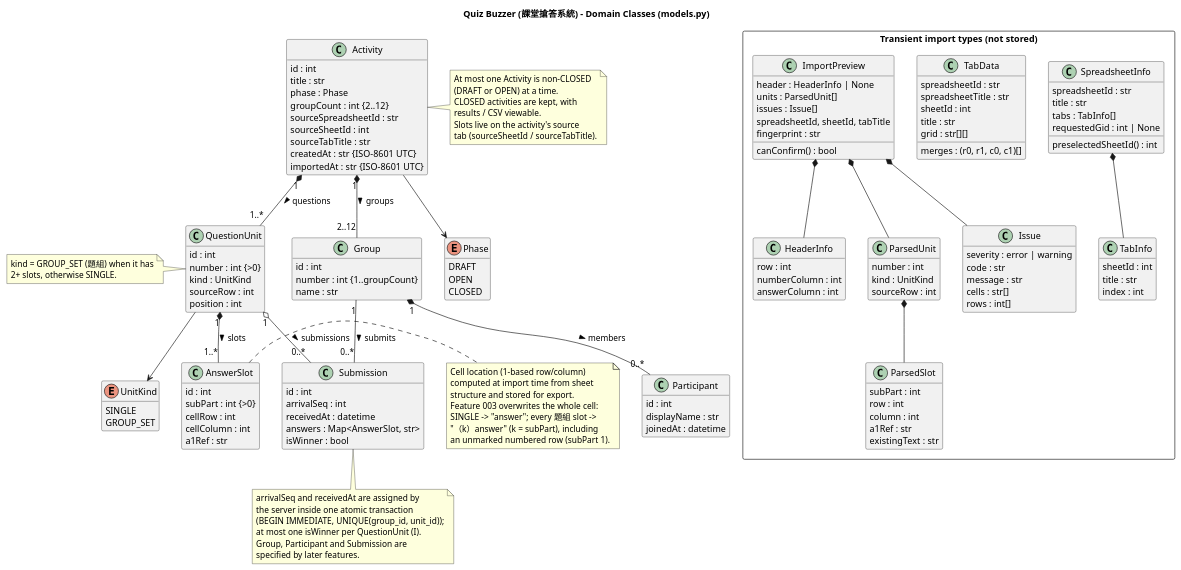
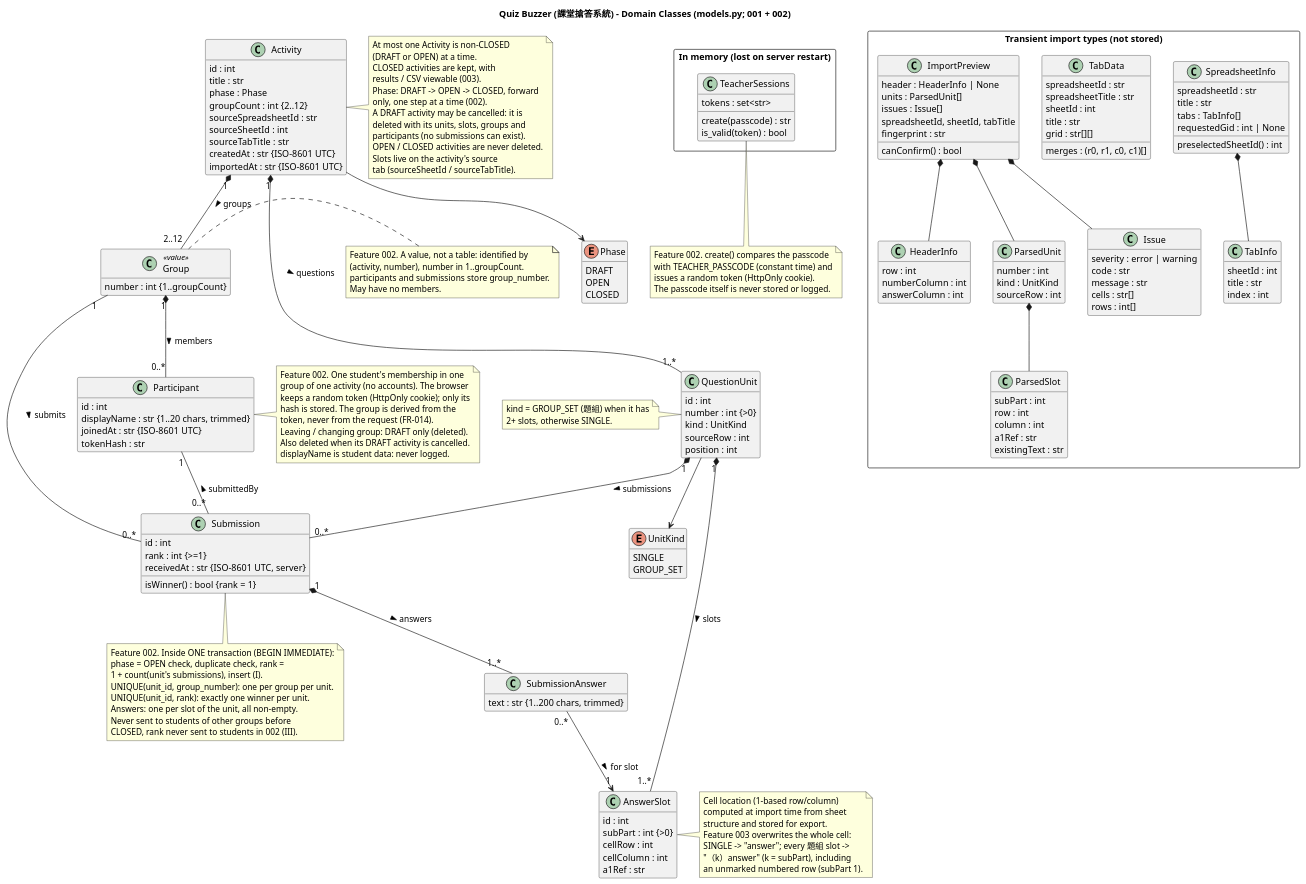
The diagram in diagrams/domain-class.puml (WasabiSaikou/quiz-buzzer), drawn with PlantUML before and after one commit. The commit also changed 26 other files, not shown here.

```diff
--- a/diagrams/domain-class.puml
+++ b/diagrams/domain-class.puml
@@ -1,5 +1,5 @@
 @startuml domain-class
-title Quiz Buzzer (課堂搶答系統) - Domain Classes (models.py)
+title Quiz Buzzer (課堂搶答系統) - Domain Classes (models.py; 001 + 002)
 
 skinparam shadowing false
 skinparam defaultFontName "Microsoft JhengHei"
@@ -44,32 +44,37 @@
   a1Ref : str
 }
 
-class Group {
-  id : int
+class Group <<value>> {
   number : int {1..groupCount}
-  name : str
 }
 
 class Participant {
   id : int
-  displayName : str
-  joinedAt : datetime
+  displayName : str {1..20 chars, trimmed}
+  joinedAt : str {ISO-8601 UTC}
+  tokenHash : str
 }
 
 class Submission {
   id : int
-  arrivalSeq : int
-  receivedAt : datetime
-  answers : Map<AnswerSlot, str>
-  isWinner : bool
+  rank : int {>=1}
+  receivedAt : str {ISO-8601 UTC, server}
+  isWinner() : bool {rank = 1}
+}
+
+class SubmissionAnswer {
+  text : str {1..200 chars, trimmed}
 }
 
 Activity "1" *-- "1..*" QuestionUnit : questions >
 QuestionUnit "1" *-- "1..*" AnswerSlot : slots >
 Activity "1" *-- "2..12" Group : groups >
 Group "1" *-- "0..*" Participant : members >
-QuestionUnit "1" o-- "0..*" Submission : submissions >
+QuestionUnit "1" *-- "0..*" Submission : submissions >
 Group "1" -- "0..*" Submission : submits >
+Participant "1" -- "0..*" Submission : submittedBy <
+Submission "1" *-- "1..*" SubmissionAnswer : answers >
+SubmissionAnswer "0..*" --> "1" AnswerSlot : for slot >
 Activity --> Phase
 QuestionUnit --> UnitKind
 
@@ -77,7 +82,13 @@
   At most one Activity is non-CLOSED
   (DRAFT or OPEN) at a time.
   CLOSED activities are kept, with
-  results / CSV viewable.
+  results / CSV viewable (003).
+  Phase: DRAFT -> OPEN -> CLOSED, forward
+  only, one step at a time (002).
+  A DRAFT activity may be cancelled: it is
+  deleted with its units, slots, groups and
+  participants (no submissions can exist).
+  OPEN / CLOSED activities are never deleted.
   Slots live on the activity's source
   tab (sourceSheetId / sourceTabTitle).
 end note
@@ -93,12 +104,32 @@
 end note
 
 note bottom of Submission
-  arrivalSeq and receivedAt are assigned by
-  the server inside one atomic transaction
-  (BEGIN IMMEDIATE, UNIQUE(group_id, unit_id));
-  at most one isWinner per QuestionUnit (I).
-  Group, Participant and Submission are
-  specified by later features.
+  Feature 002. Inside ONE transaction (BEGIN IMMEDIATE):
+  phase = OPEN check, duplicate check, rank =
+  1 + count(unit's submissions), insert (I).
+  UNIQUE(unit_id, group_number): one per group per unit.
+  UNIQUE(unit_id, rank): exactly one winner per unit.
+  Answers: one per slot of the unit, all non-empty.
+  Never sent to students of other groups before
+  CLOSED, rank never sent to students in 002 (III).
+end note
+
+note right of Participant
+  Feature 002. One student's membership in one
+  group of one activity (no accounts). The browser
+  keeps a random token (HttpOnly cookie); only its
+  hash is stored. The group is derived from the
+  token, never from the request (FR-014).
+  Leaving / changing group: DRAFT only (deleted).
+  Also deleted when its DRAFT activity is cancelled.
+  displayName is student data: never logged.
+end note
+
+note left of Group
+  Feature 002. A value, not a table: identified by
+  (activity, number), number in 1..groupCount.
+  participants and submissions store group_number.
+  May have no members.
 end note
 
 note left of QuestionUnit
@@ -166,4 +197,19 @@
 ImportPreview *-- ParsedUnit
 ImportPreview *-- Issue
 ParsedUnit *-- ParsedSlot
+
+package "In memory (lost on server restart)" <<Rectangle>> {
+  class TeacherSessions {
+    tokens : set<str>
+    create(passcode) : str
+    is_valid(token) : bool
+  }
+}
+
+note bottom of TeacherSessions
+  Feature 002. create() compares the passcode
+  with TEACHER_PASSCODE (constant time) and
+  issues a random token (HttpOnly cookie).
+  The passcode itself is never stored or logged.
+end note
 @enduml
```
